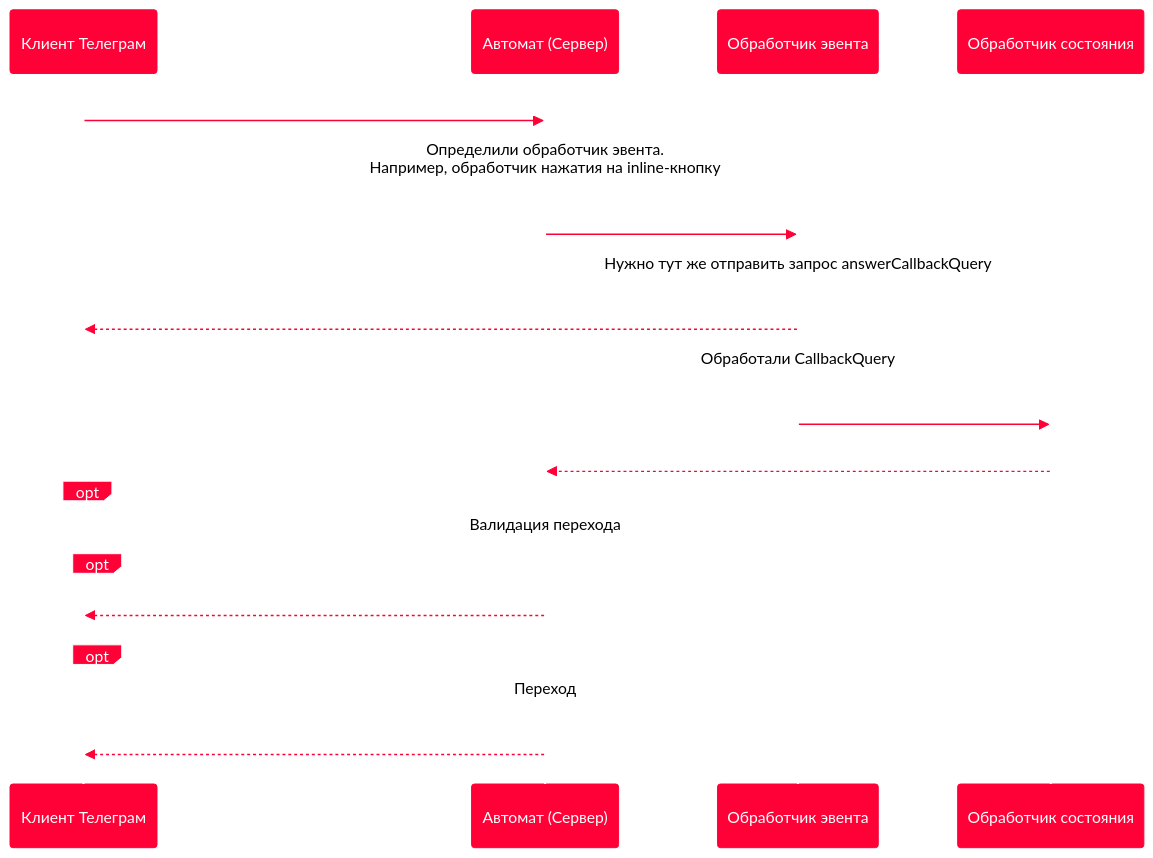
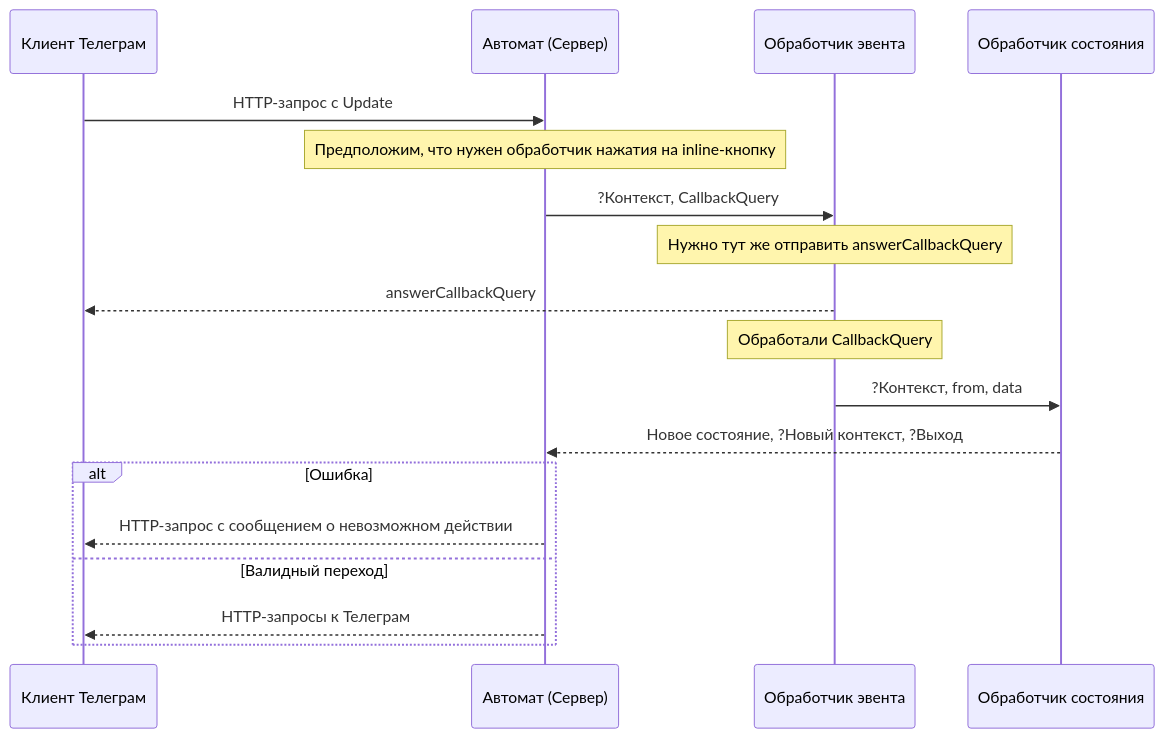
The third of 3 diagrams in Конечные автоматы как универсальный язык описания бизнес-логики/Материал доклада.md (Terqaz/presentations), drawn with Mermaid before and after one commit. The commit also changed other lines of this file and 13 other files, not shown here.

````diff
--- a/Конечные автоматы как универсальный язык описания бизнес-логики/Материал доклада.md
+++ b/Конечные автоматы как универсальный язык описания бизнес-логики/Материал доклада.md
@@ -248,49 +207,22 @@
 ```mermaid
-%%{
-  init: {
-    'theme': 'base',
-    'themeVariables': {
-        'actorBkg': '#ff0037',
-        'actorBorder': '#ff0037',
-        'actorTextColor': '#fff',
-        'actorLineColor': '#fff',
-        'signalColor': '#ff0037',
-        'signalTextColor': '#fff',
-        'labelBoxBkgColor': '#ff0037',
-        'labelBoxBorderColor': '#fff',
-        'labelTextColor': '#fff',
-        'loopTextColor': '#fff',
-        'activationBorderColor': '#fff',
-        'activationBkgColor': '#fff',
-        'sequenceNumberColor': '#fff',
-        'noteBkgColor': '#fff',
-        'noteTextColor': '#000',
-        'noteBorderColor': '#fff'
-    }
-  }
-}%%
 sequenceDiagram
     participant P as Клиент Телеграм
     participant A as Автомат (Сервер)
     participant EL as Обработчик эвента
     participant SL as Обработчик состояния
 
     P->>A: HTTP-запрос с Update
-    Note over A: Определили обработчик эвента. <br/> Например, обработчик нажатия на inline-кнопку
+    Note over A: Предположим, что нужен обработчик нажатия на inline-кнопку
     A->>EL: ?Контекст, CallbackQuery
-    Note over EL: Нужно тут же отправить запрос answerCallbackQuery
+    Note over EL: Нужно тут же отправить answerCallbackQuery
     EL-->>P: answerCallbackQuery
     Note over EL: Обработали CallbackQuery
     EL->>SL: ?Контекст, from, data
     SL-->>A: Новое состояние, ?Новый контекст, ?Выход
-    opt
-        Note over A: Валидация перехода
-        opt
-            A-->>P: HTTP-запрос с сообщением о невозможном действии
-        end
-    end
-    opt
-        Note over A: Переход
+    
+    alt Ошибка
+        A-->>P: HTTP-запрос с сообщением о невозможном действии
+    else Валидный переход
         A-->>P: HTTP-запросы к Телеграм
     end
 ```
````
